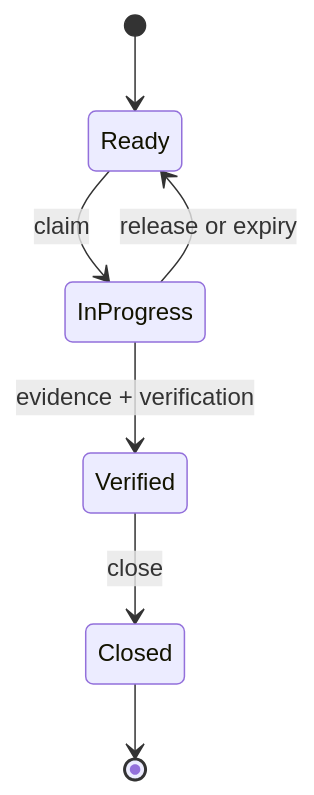
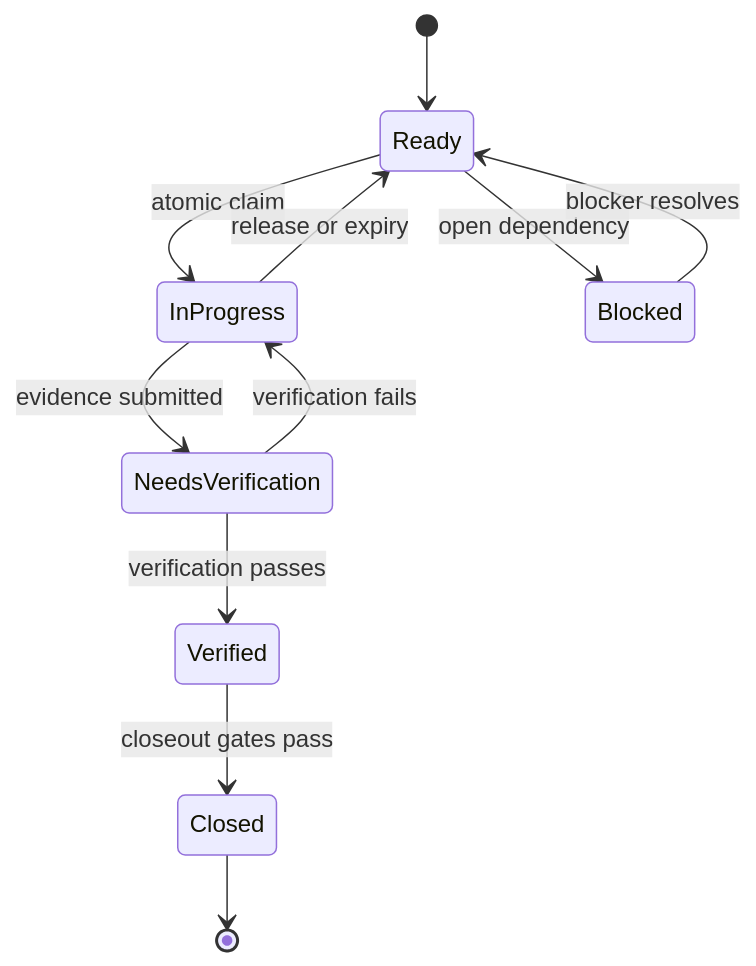
One commit to mattrichmo/boreal-work changed the second of 4 diagrams in README.md. Above: the diagram before and after it, drawn with Mermaid. The commit also changed other lines of this file and 1 other file, not shown here.

```diff
--- a/README.md
+++ b/README.md
@@ -160,9 +206,13 @@
 ~~~mermaid
 stateDiagram-v2
     [*] --> Ready
-    Ready --> InProgress: claim
-    InProgress --> Verified: evidence + verification
-    Verified --> Closed: close
+    Ready --> InProgress: atomic claim
+    Ready --> Blocked: open dependency
+    Blocked --> Ready: blocker resolves
+    InProgress --> NeedsVerification: evidence submitted
+    NeedsVerification --> Verified: verification passes
+    NeedsVerification --> InProgress: verification fails
+    Verified --> Closed: closeout gates pass
     InProgress --> Ready: release or expiry
     Closed --> [*]
 ~~~
```
